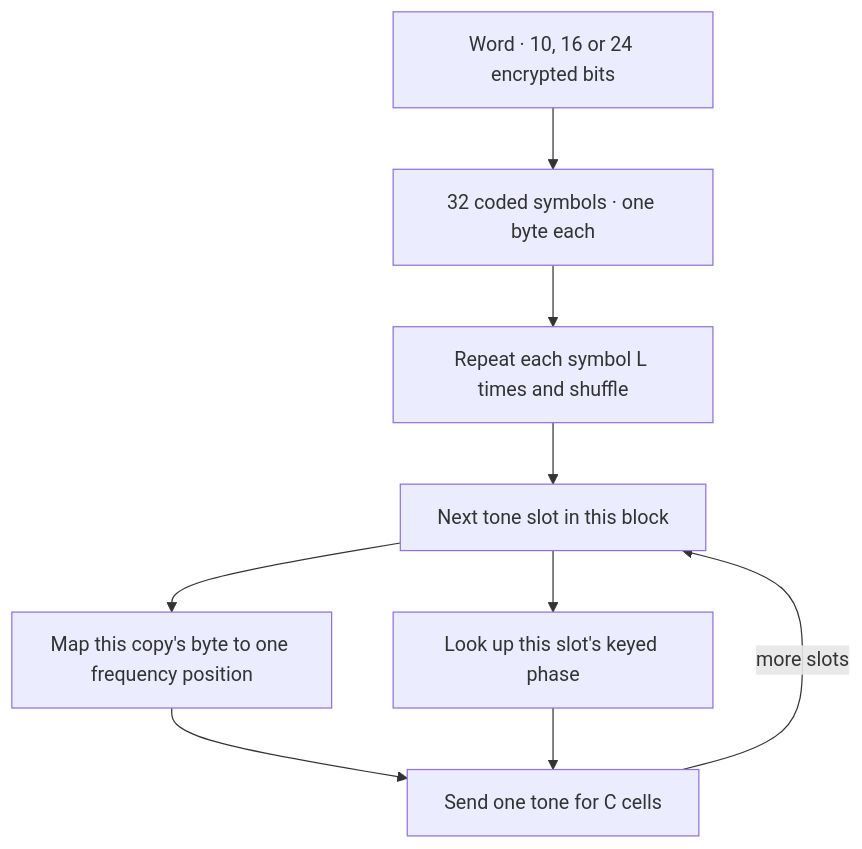
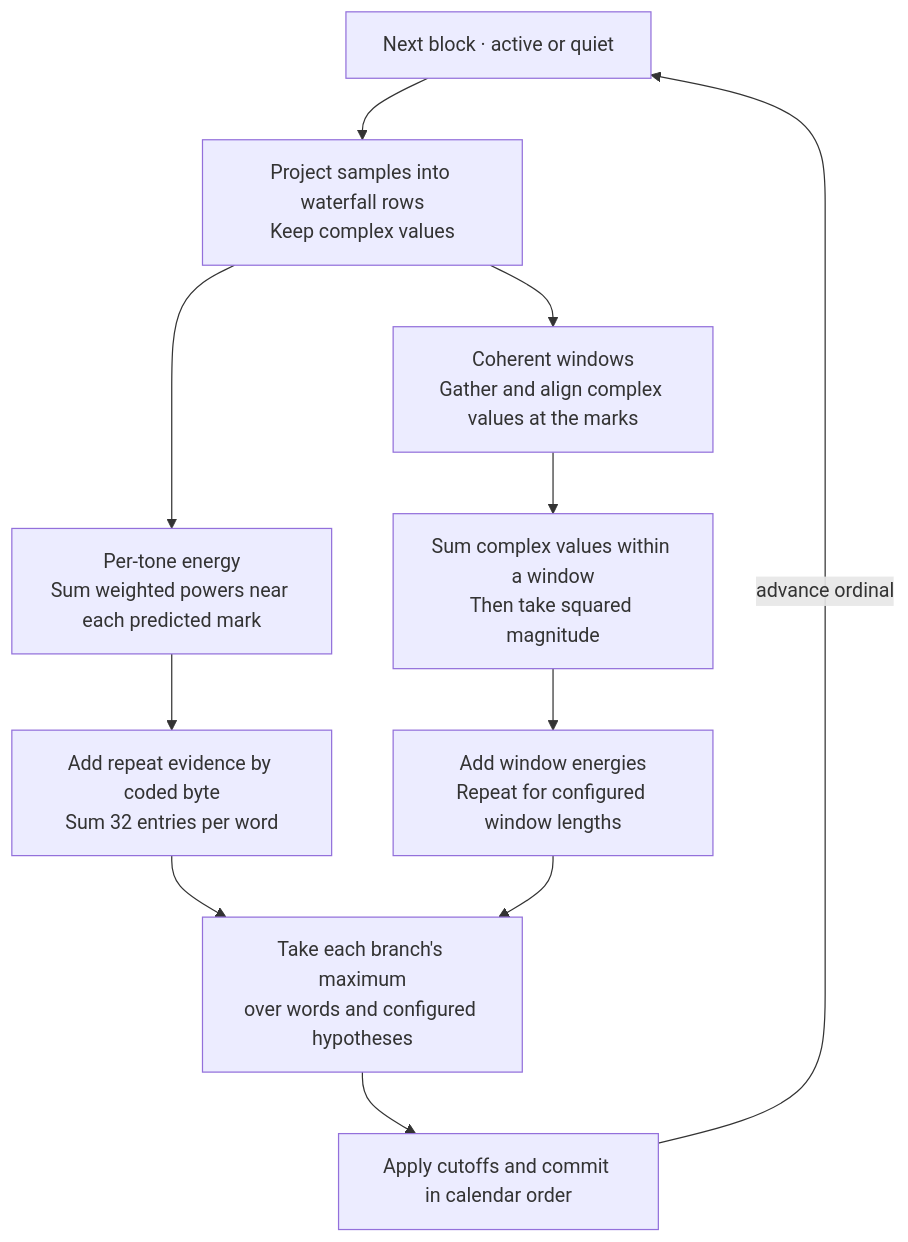
One commit to mirage335-colossus/pumpModem changed the first of 3 diagrams in _appraisal/matrixModem-FSK.md. Above: the diagram before and after it, drawn with Mermaid. The commit also changed other lines of this file and 4 other files, not shown here.

````diff
--- a/_appraisal/matrixModem-FSK.md
+++ b/_appraisal/matrixModem-FSK.md
@@ -9,11 +78,13 @@
 ```mermaid
 flowchart TD
-    word["Word · 10, 16 or 24 encrypted bits"] --> code["32 coded symbols · one byte each"]
-    code --> order["Repeat each symbol L times and shuffle"]
-    order --> slot["Next tone slot in this block"]
-    slot --> pos["Map this copy's byte to one frequency position"]
-    slot --> phase["Look up this slot's keyed phase"]
-    pos --> tone["Send one tone for C cells"]
-    phase --> tone
-    tone -->|more slots| slot
+    block["Next block · active or quiet"] --> bins["Project samples into waterfall rows<br/>Keep complex values"]
+    bins --> energy["Per-tone energy<br/>Sum weighted powers near each predicted mark"]
+    bins --> phase["Coherent windows<br/>Gather and align complex values at the marks"]
+    energy --> esum["Add repeat evidence by coded byte<br/>Sum 32 entries per word"]
+    phase --> csum["Sum complex values within a window<br/>Then take squared magnitude"]
+    csum --> ladder["Add window energies<br/>Repeat for configured window lengths"]
+    esum --> decide["Take each branch's maximum<br/>over words and configured hypotheses"]
+    ladder --> decide
+    decide --> commit["Apply cutoffs and commit in calendar order"]
+    commit -->|advance ordinal| block
 ```
````
